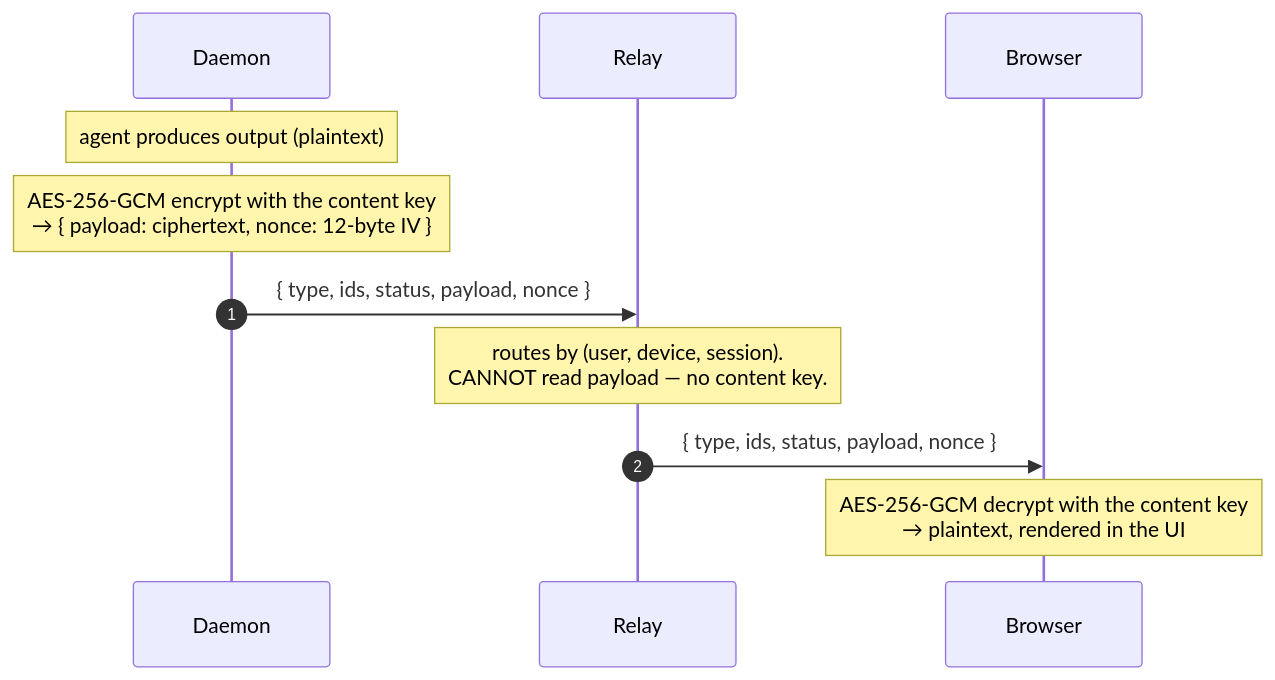
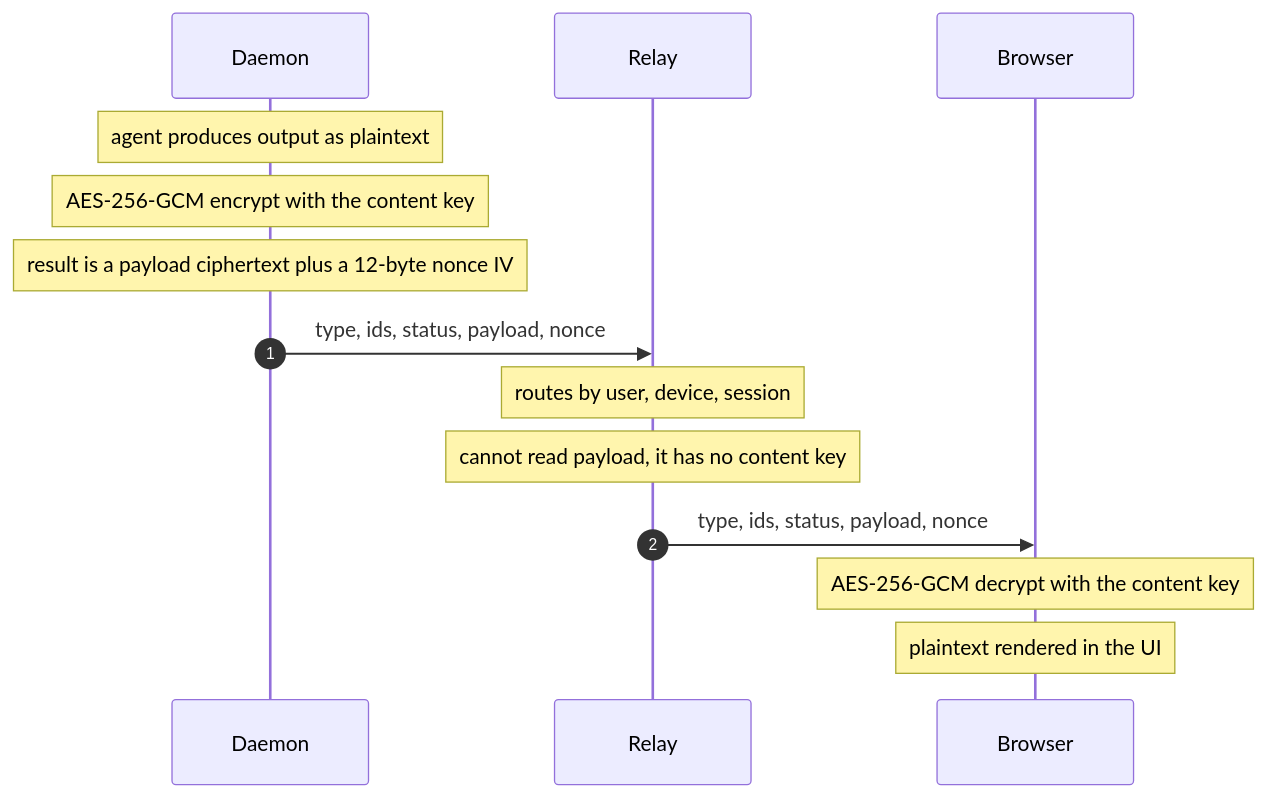
Before and after one commit to PouyanJay/telecode: the fourth of 4 diagrams in docs/end-to-end-encryption.md, drawn with Mermaid. The commit also changed other lines of this file and 1 other file, not shown here.

First line of the commit message:
docs: fix Mermaid sequence diagrams so they render on GitHub

````diff
--- a/docs/end-to-end-encryption.md
+++ b/docs/end-to-end-encryption.md
@@ -143,14 +142,17 @@
 ```mermaid
 sequenceDiagram
     autonumber
     participant D as Daemon
     participant R as Relay
     participant B as Browser
 
-    Note over D: agent produces output (plaintext)
-    Note over D: AES-256-GCM encrypt with the content key<br/>→ { payload: ciphertext, nonce: 12-byte IV }
-    D->>R: { type, ids, status, payload, nonce }
-    Note over R: routes by (user, device, session).<br/>CANNOT read payload — no content key.
-    R->>B: { type, ids, status, payload, nonce }
-    Note over B: AES-256-GCM decrypt with the content key<br/>→ plaintext, rendered in the UI
+    Note over D: agent produces output as plaintext
+    Note over D: AES-256-GCM encrypt with the content key
+    Note over D: result is a payload ciphertext plus a 12-byte nonce IV
+    D->>R: type, ids, status, payload, nonce
+    Note over R: routes by user, device, session
+    Note over R: cannot read payload, it has no content key
+    R->>B: type, ids, status, payload, nonce
+    Note over B: AES-256-GCM decrypt with the content key
+    Note over B: plaintext rendered in the UI
 ```
````
